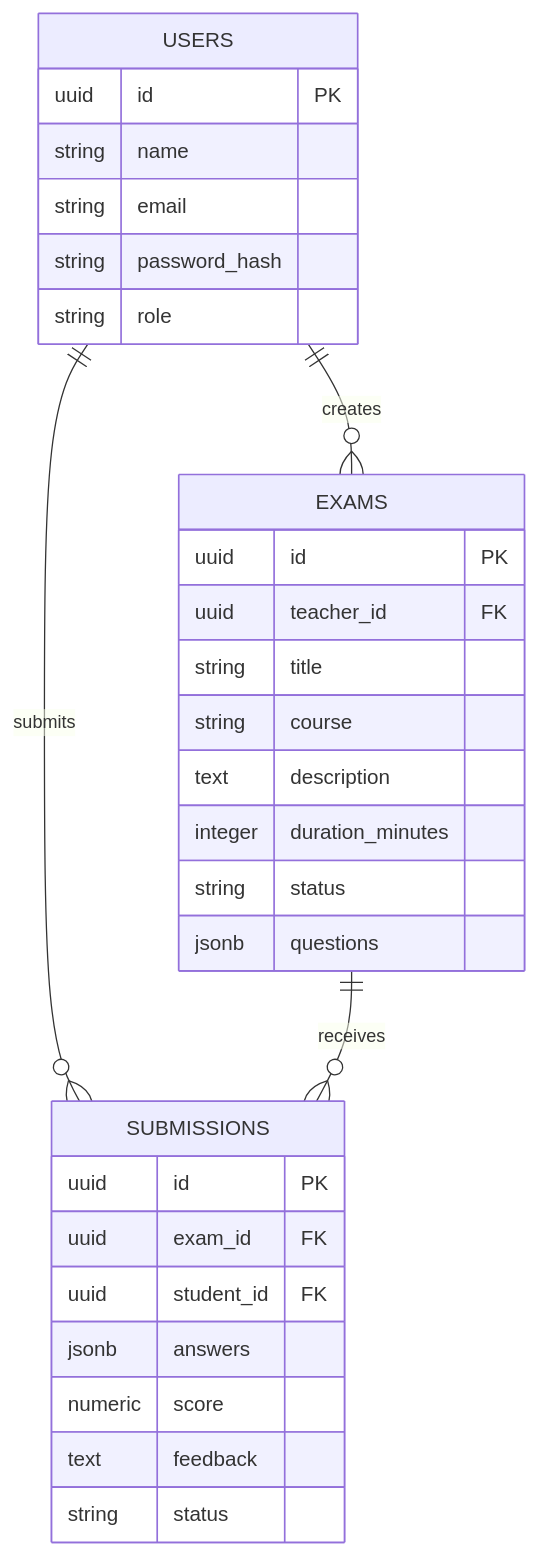
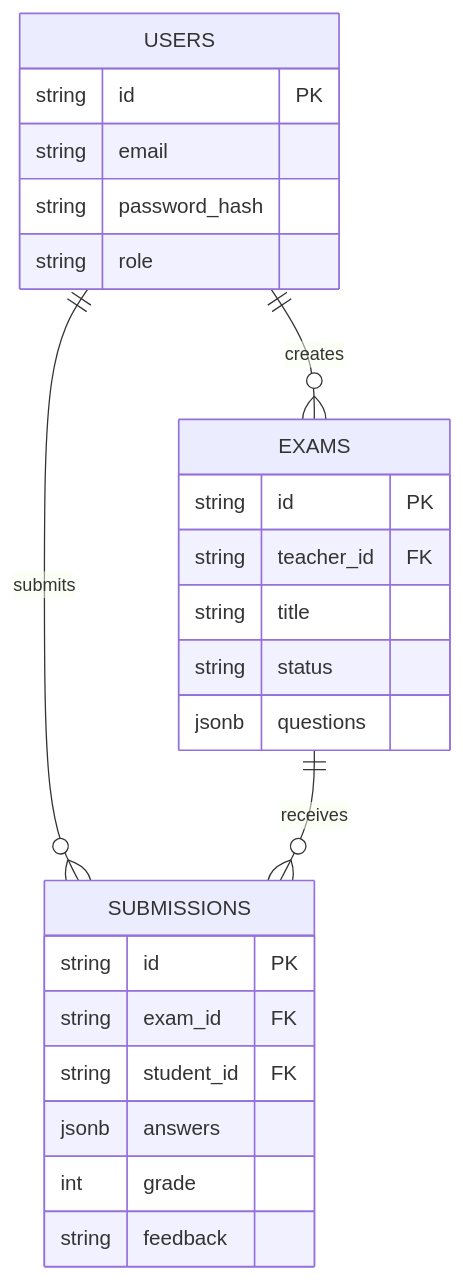
Before and after one commit to abolielmahde/exam-management-system: the second of 3 diagrams in docs/VISUAL_DIAGRAMS_FOR_PRESENTATION.md, drawn with Mermaid. The commit also changed other lines of this file and 83 other files, not shown here.

Commit message:
update final project with formatted code comments graphs and documentation

````diff
--- a/docs/VISUAL_DIAGRAMS_FOR_PRESENTATION.md
+++ b/docs/VISUAL_DIAGRAMS_FOR_PRESENTATION.md
@@ -21,35 +18,9 @@
 ```mermaid
 erDiagram
-    USERS ||--o{ EXAMS : creates
-    USERS ||--o{ SUBMISSIONS : submits
-    EXAMS ||--o{ SUBMISSIONS : receives
-
-    USERS {
-      uuid id PK
-      string name
-      string email
-      string password_hash
-      string role
-    }
-
-    EXAMS {
-      uuid id PK
-      uuid teacher_id FK
-      string title
-      string course
-      text description
-      integer duration_minutes
-      string status
-      jsonb questions
-    }
-
-    SUBMISSIONS {
-      uuid id PK
-      uuid exam_id FK
-      uuid student_id FK
-      jsonb answers
-      numeric score
-      text feedback
-      string status
-    }
+  USERS ||--o{ EXAMS : creates
+  USERS ||--o{ SUBMISSIONS : submits
+  EXAMS ||--o{ SUBMISSIONS : receives
+  USERS { string id PK string email string password_hash string role }
+  EXAMS { string id PK string teacher_id FK string title string status jsonb questions }
+  SUBMISSIONS { string id PK string exam_id FK string student_id FK jsonb answers int grade string feedback }
 ```
````
